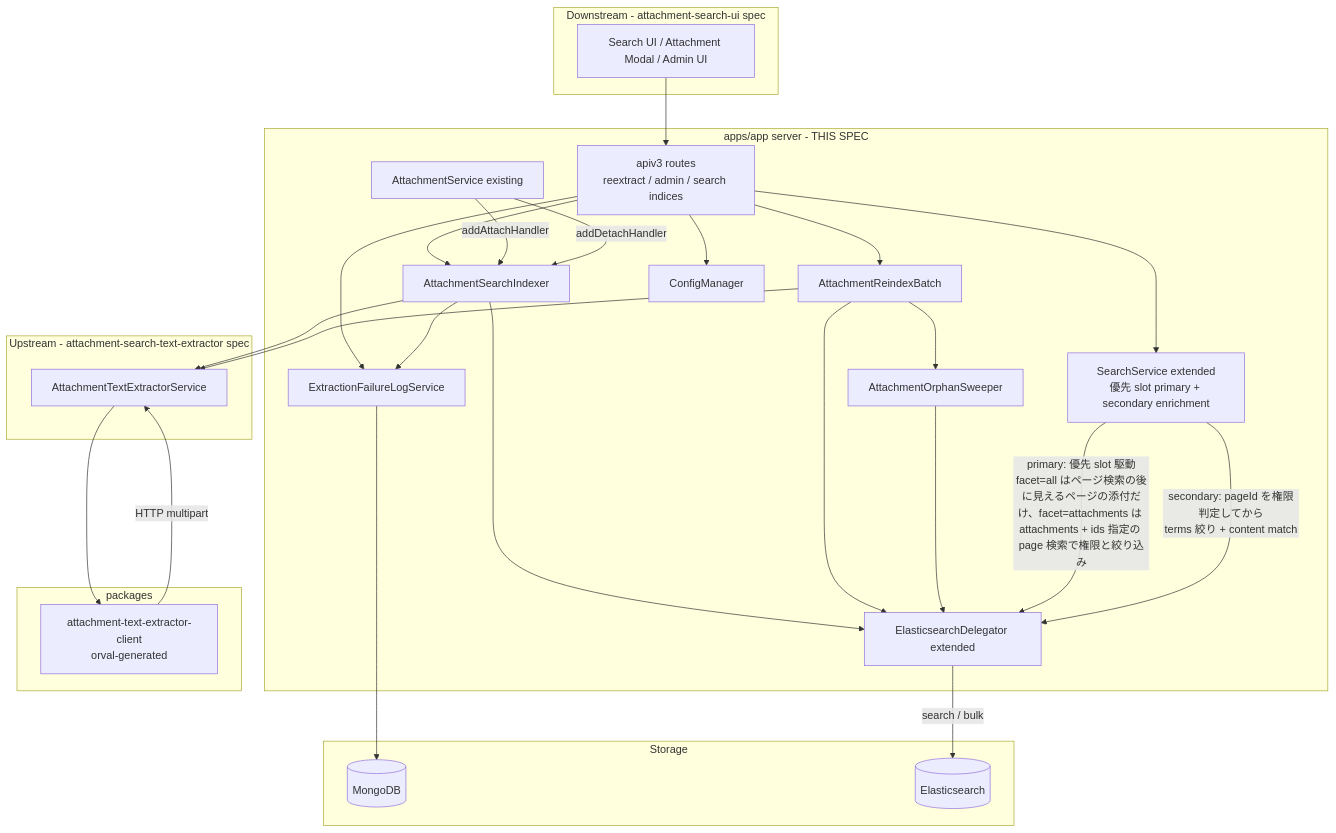
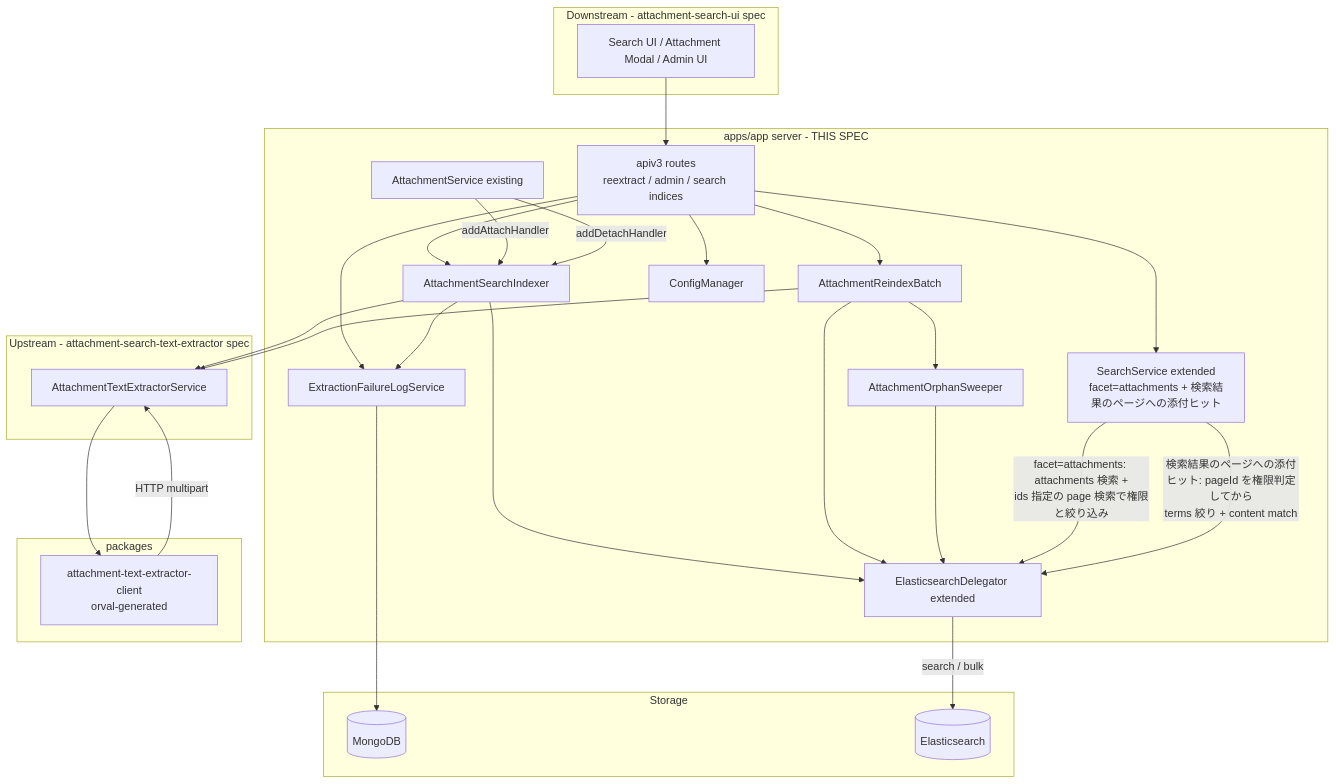
One commit to growilabs/growi changed the first of 6 diagrams in .kiro/specs/attachment-search-indexing/design.md. Above: the diagram before and after it, drawn with Mermaid. The commit also changed other lines of this file and 5 other files, not shown here.

First line of the commit message:
docs(attachment-search-indexing): drop facet=all and resolve; fetch attachment hits of page results in a separate request

````diff
--- a/.kiro/specs/attachment-search-indexing/design.md
+++ b/.kiro/specs/attachment-search-indexing/design.md
@@ -112,58 +111,58 @@
 ```mermaid
 graph TB
     subgraph upstream [Upstream - attachment-search-text-extractor spec]
         Extractor[抽出サービス /extract]
     end
 
     subgraph downstream [Downstream - attachment-search-ui spec]
         UI[Search UI / Attachment Modal / Admin UI]
     end
 
     subgraph apps_app [apps/app server - THIS SPEC]
         ApiV3[apiv3 routes<br/>reextract / admin / search indices]
-        SearchService[SearchService extended<br/>優先 slot primary + secondary enrichment]
+        SearchService[SearchService extended<br/>facet=attachments + 検索結果のページへの添付ヒット]
         ESDelegator[ElasticsearchDelegator extended]
         AttachmentService[AttachmentService existing]
         Indexer[AttachmentSearchIndexer]
         Extractor[AttachmentTextExtractorService]
         ReindexBatch[AttachmentReindexBatch]
         OrphanSweeper[AttachmentOrphanSweeper]
         FailureLog[ExtractionFailureLogService]
         ConfigManager[ConfigManager]
     end
 
     subgraph client_pkg [packages]
         Client[attachment-text-extractor-client<br/>orval-generated]
     end
 
     subgraph storage [Storage]
         Mongo[(MongoDB)]
         ES[(Elasticsearch)]
     end
 
     UI --> ApiV3
     ApiV3 --> SearchService
     ApiV3 --> ReindexBatch
     ApiV3 --> Indexer
     ApiV3 --> FailureLog
     ApiV3 --> ConfigManager
 
     AttachmentService -->|addAttachHandler| Indexer
     AttachmentService -->|addDetachHandler| Indexer
 
     Indexer --> Extractor
     Indexer --> ESDelegator
     Indexer --> FailureLog
     ReindexBatch --> Extractor
     ReindexBatch --> ESDelegator
     ReindexBatch --> OrphanSweeper
     OrphanSweeper --> ESDelegator
 
     Extractor --> Client
     Client -->|HTTP multipart| Extractor
 
-    SearchService -->|primary: 優先 slot 駆動<br/>facet=all はページ検索の後に見えるページの添付だけ、facet=attachments は attachments + ids 指定の page 検索で権限と絞り込み| ESDelegator
-    SearchService -->|secondary: pageId を権限判定してから<br/>terms 絞り + content match| ESDelegator
+    SearchService -->|facet=attachments: attachments 検索 +<br/>ids 指定の page 検索で権限と絞り込み| ESDelegator
+    SearchService -->|検索結果のページへの添付ヒット: pageId を権限判定してから<br/>terms 絞り + content match| ESDelegator
     ESDelegator -->|search / bulk| ES
     FailureLog --> Mongo
 ```
````
